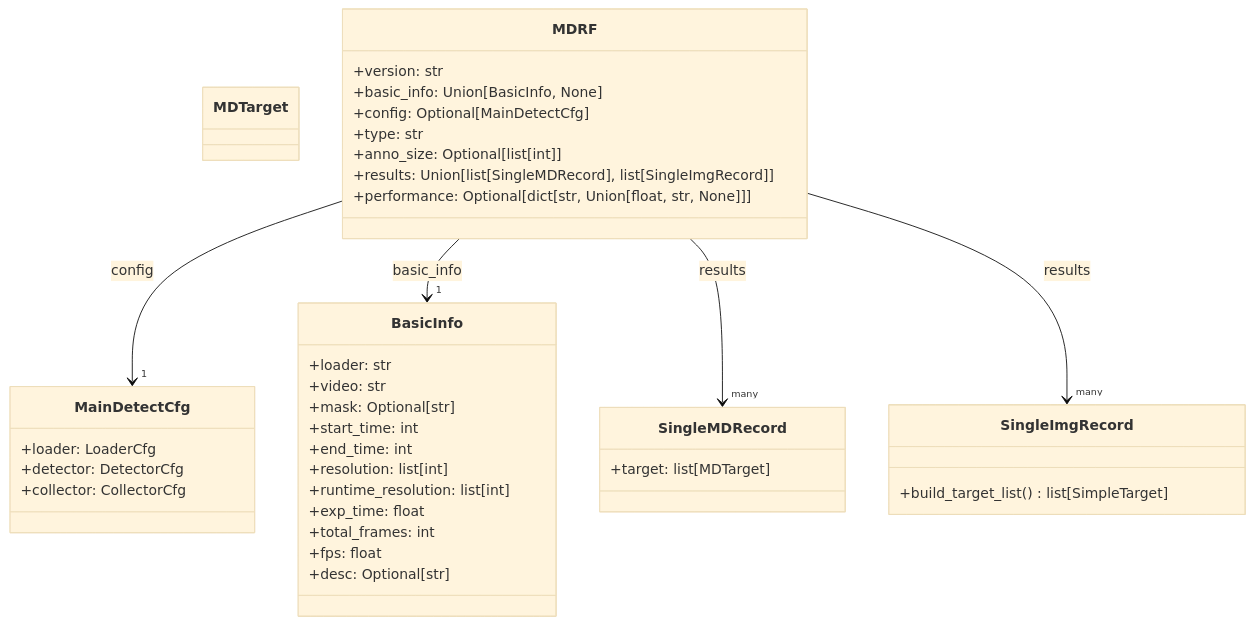
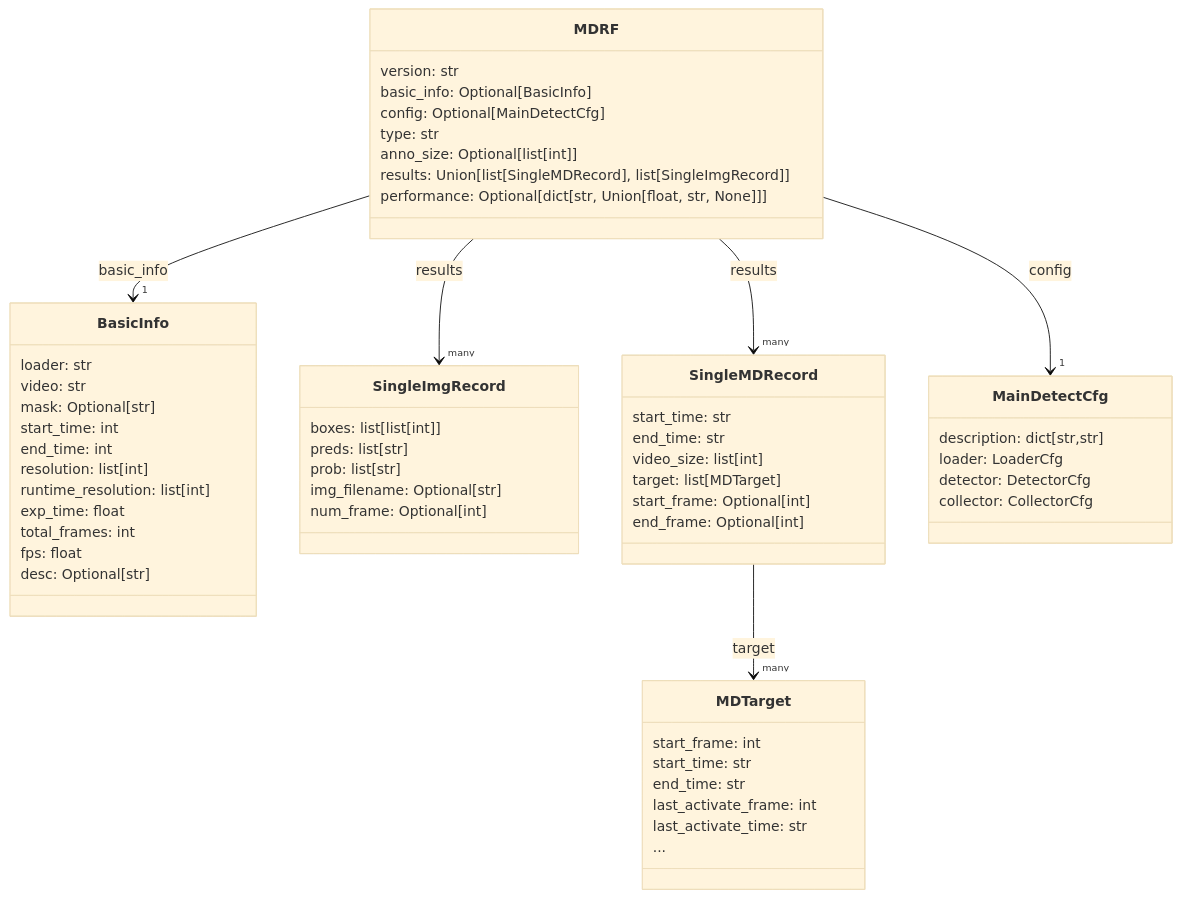
The diagram in docs/data-format-cn.md (LilacMeteorObservatory/MetDetPy), drawn with Mermaid (base theme) before and after one commit. The commit also changed other lines of this file and 4 other files, not shown here.

````diff
--- a/docs/data-format-cn.md
+++ b/docs/data-format-cn.md
@@ -9,50 +14,66 @@
 ```mermaid
 classDiagram
 
+class MDRF {
+    version: str
+    basic_info: Optional[BasicInfo]
+    config: Optional[MainDetectCfg]
+    type: str
+    anno_size: Optional[list[int]]
+    results: Union[list[SingleMDRecord], list[SingleImgRecord]]
+    performance: Optional[dict[str, Union[float, str, None]]]
+}
+
 class BasicInfo {
-    +loader: str
-    +video: str
-    +mask: Optional[str]
-    +start_time: int
-    +end_time: int
-    +resolution: list[int]
-    +runtime_resolution: list[int]
-    +exp_time: float
-    +total_frames: int
-    +fps: float
-    +desc: Optional[str]
+    loader: str
+    video: str
+    mask: Optional[str]
+    start_time: int
+    end_time: int
+    resolution: list[int]
+    runtime_resolution: list[int]
+    exp_time: float
+    total_frames: int
+    fps: float
+    desc: Optional[str]
 }
 
 class MDTarget {
+    start_frame: int
+    start_time: str
+    end_time: str
+    last_activate_frame: int
+    last_activate_time: str
+    ...
+}
+
+class SingleImgRecord {
+    boxes: list[list[int]]
+    preds: list[str]
+    prob: list[str]
+    img_filename: Optional[str]
+    num_frame: Optional[int]
 }
 
 class SingleMDRecord {
-    +target: list[MDTarget]
-}
-
-class SingleImgRecord {
-    +build_target_list() list[SimpleTarget]
+    start_time: str
+    end_time: str
+    video_size: list[int]
+    target: list[MDTarget]
+    start_frame: Optional[int]
+    end_frame: Optional[int]
 }
 
 class MainDetectCfg {
-    +loader: LoaderCfg
-    +detector: DetectorCfg
-    +collector: CollectorCfg
+    description: dict[str,str]
+    loader: LoaderCfg
+    detector: DetectorCfg
+    collector: CollectorCfg
 }
 
-class MDRF {
-    +version: str
-    +basic_info: Union[BasicInfo, None]
-    +config: Optional[MainDetectCfg]
-    +type: str
-    +anno_size: Optional[list[int]]
-    +results: Union[list[SingleMDRecord], list[SingleImgRecord]]
-    +performance: Optional[dict[str, Union[float, str, None]]]
-}
-
-%% MDRF 组合关系
-MDRF --> "1" MainDetectCfg : config
 MDRF --> "1" BasicInfo : basic_info
+MDRF --> "1" MainDetectCfg: config
 MDRF --> "many" SingleMDRecord : results
 MDRF --> "many" SingleImgRecord : results
+SingleMDRecord --> "many" MDTarget: target
 ```
````
